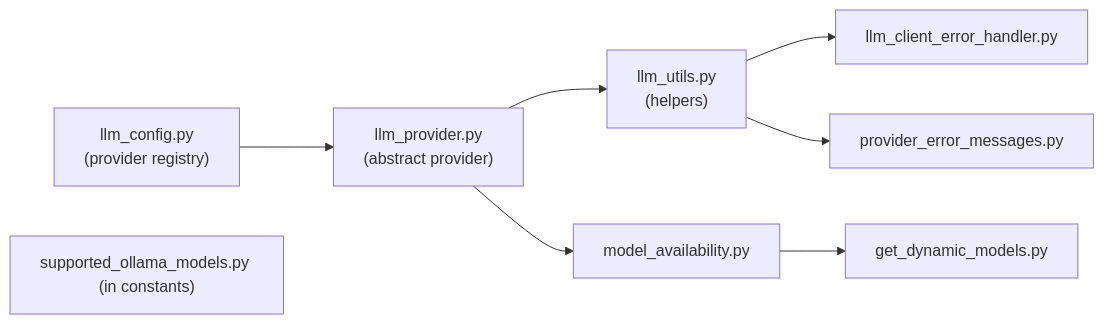
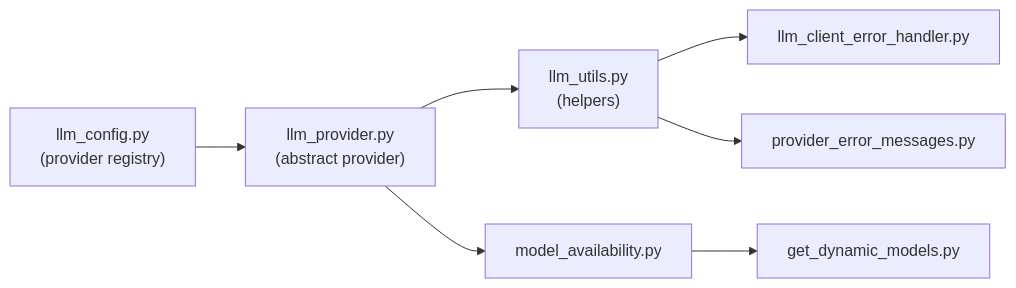
One commit to xuanthai-work/presenton-gapo changed the fifth of 7 diagrams in docs/architecture/03-level-fastapi.md. Above: the diagram before and after it, drawn with Mermaid. The commit also changed other lines of this file and 120 other files, not shown here.

````diff
--- a/docs/architecture/03-level-fastapi.md
+++ b/docs/architecture/03-level-fastapi.md
@@ -229,18 +222,17 @@
 ```mermaid
 graph LR
     LlmConfig["llm_config.py<br/>(provider registry)"]
     LlmProvider["llm_provider.py<br/>(abstract provider)"]
     LlmUtils["llm_utils.py<br/>(helpers)"]
     LlmClient["llm_client_error_handler.py"]
     ProviderErr["provider_error_messages.py"]
     ModelAvail["model_availability.py"]
     GetDynModels["get_dynamic_models.py"]
-    SupportedOllama["supported_ollama_models.py (in constants)"]
 
     LlmConfig --> LlmProvider
     LlmProvider --> LlmUtils
     LlmUtils --> LlmClient
     LlmUtils --> ProviderErr
     LlmProvider --> ModelAvail
     ModelAvail --> GetDynModels
 ```
````
